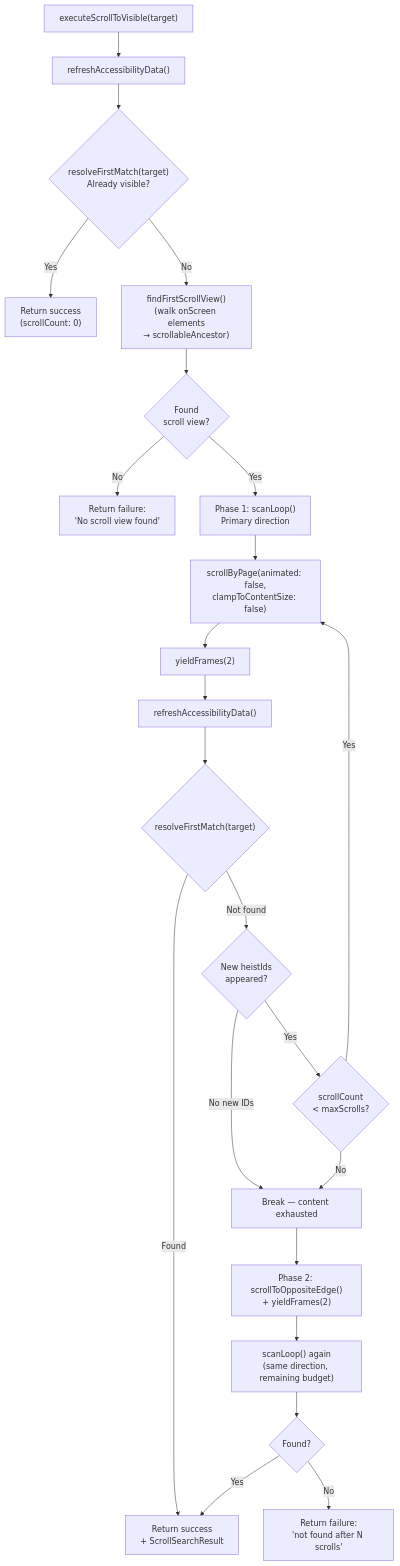
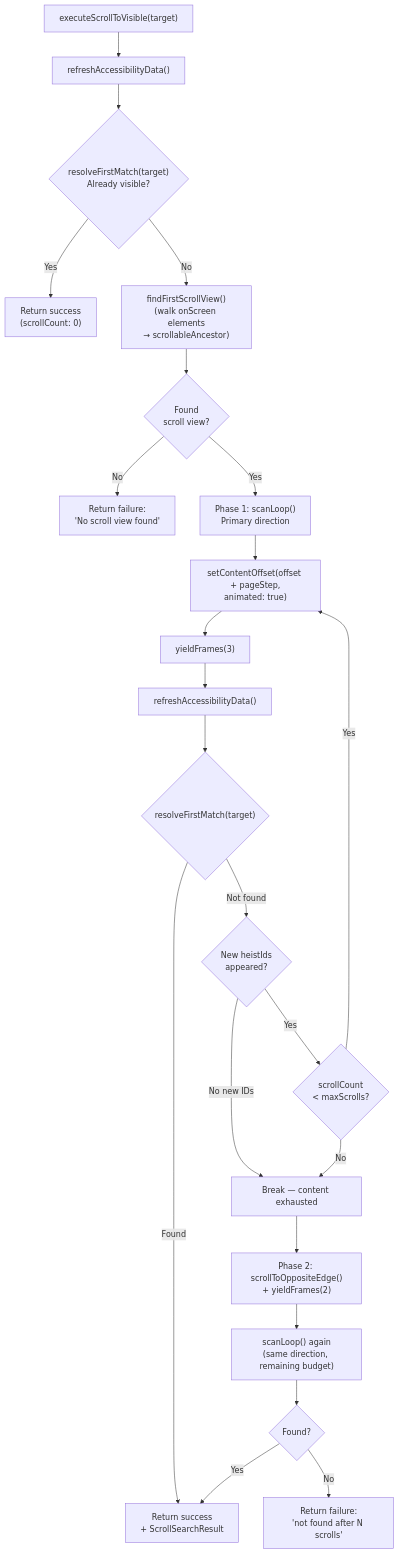
One commit to RoyalPineapple/TheButtonHeist changed the eighth of 9 diagrams in docs/dossiers/13-THEBAGMAN.md. Above: the diagram before and after it, drawn with Mermaid. The commit also changed other lines of this file, not shown here.

Commit message:
Update TheBagman dossier: remove clampToContentSize references

````diff
--- a/docs/dossiers/13-THEBAGMAN.md
+++ b/docs/dossiers/13-THEBAGMAN.md
@@ -264,27 +264,27 @@
 ```mermaid
 flowchart TD
     S["executeScrollToVisible(target)"] --> REF["refreshAccessibilityData()"]
     REF --> CHK{"resolveFirstMatch(target)<br/>Already visible?"}
     CHK -->|Yes| DONE["Return success<br/>(scrollCount: 0)"]
     CHK -->|No| FSV["findFirstScrollView()<br/>(walk onScreen elements<br/>→ scrollableAncestor)"]
     FSV --> SVOK{Found<br/>scroll view?}
     SVOK -->|No| FAIL0["Return failure:<br/>'No scroll view found'"]
     SVOK -->|Yes| PH1["Phase 1: scanLoop()<br/>Primary direction"]
 
-    PH1 --> SLOOP["scrollByPage(animated: false,<br/>clampToContentSize: false)"]
-    SLOOP --> SETTLE["yieldFrames(2)"]
+    PH1 --> SLOOP["setContentOffset(offset + pageStep,<br/>animated: true)"]
+    SLOOP --> SETTLE["yieldFrames(3)"]
     SETTLE --> REFR["refreshAccessibilityData()"]
     REFR --> FM{"resolveFirstMatch(target)"}
     FM -->|Found| END["Return success<br/>+ ScrollSearchResult"]
     FM -->|Not found| NEW{New heistIds<br/>appeared?}
     NEW -->|No new IDs| STALL["Break — content exhausted"]
     NEW -->|Yes| BUDGET{scrollCount<br/>< maxScrolls?}
     BUDGET -->|Yes| SLOOP
     BUDGET -->|No| STALL
 
     STALL --> PH2["Phase 2: scrollToOppositeEdge()<br/>+ yieldFrames(2)"]
     PH2 --> SCAN2["scanLoop() again<br/>(same direction, remaining budget)"]
     SCAN2 --> RESULT{Found?}
     RESULT -->|Yes| END
     RESULT -->|No| FAILN["Return failure:<br/>'not found after N scrolls'"]
 ```
````
